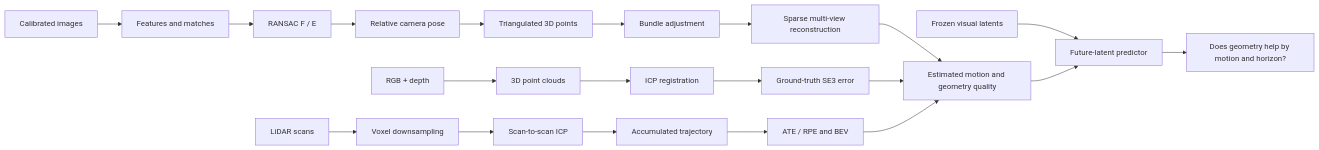
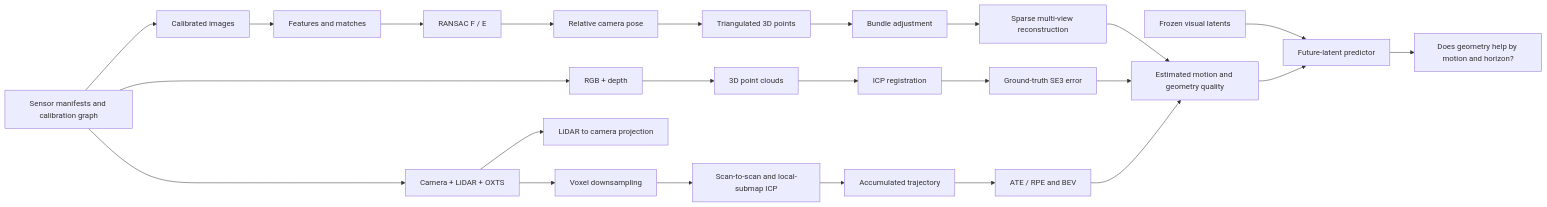
One commit to NishchalMN/SpatialWM changed the diagram in docs/3d_vision_story.md. Above: the diagram before and after it, drawn with Mermaid. The commit also changed other lines of this file and 26 other files, not shown here.

````diff
--- a/docs/3d_vision_story.md
+++ b/docs/3d_vision_story.md
@@ -13,25 +13,29 @@
 ```mermaid
 flowchart LR
-    A[Calibrated images] --> B[Features and matches]
+    U[Sensor manifests and calibration graph] --> A[Calibrated images]
+    U --> H[RGB + depth]
+    U --> L[Camera + LiDAR + OXTS]
+    A --> B[Features and matches]
     B --> C[RANSAC F / E]
     C --> D[Relative camera pose]
     D --> E[Triangulated 3D points]
     E --> F[Bundle adjustment]
     F --> G[Sparse multi-view reconstruction]
 
-    H[RGB + depth] --> I[3D point clouds]
+    H --> I[3D point clouds]
     I --> J[ICP registration]
     J --> K[Ground-truth SE3 error]
 
-    L[LiDAR scans] --> M[Voxel downsampling]
-    M --> N[Scan-to-scan ICP]
+    L --> V[LiDAR to camera projection]
+    L --> M[Voxel downsampling]
+    M --> N[Scan-to-scan and local-submap ICP]
     N --> O[Accumulated trajectory]
     O --> P[ATE / RPE and BEV]
 
     G --> Q[Estimated motion and geometry quality]
     K --> Q
     P --> Q
     R[Frozen visual latents] --> S[Future-latent predictor]
     Q --> S
     S --> T[Does geometry help by motion and horizon?]
 ```
````
